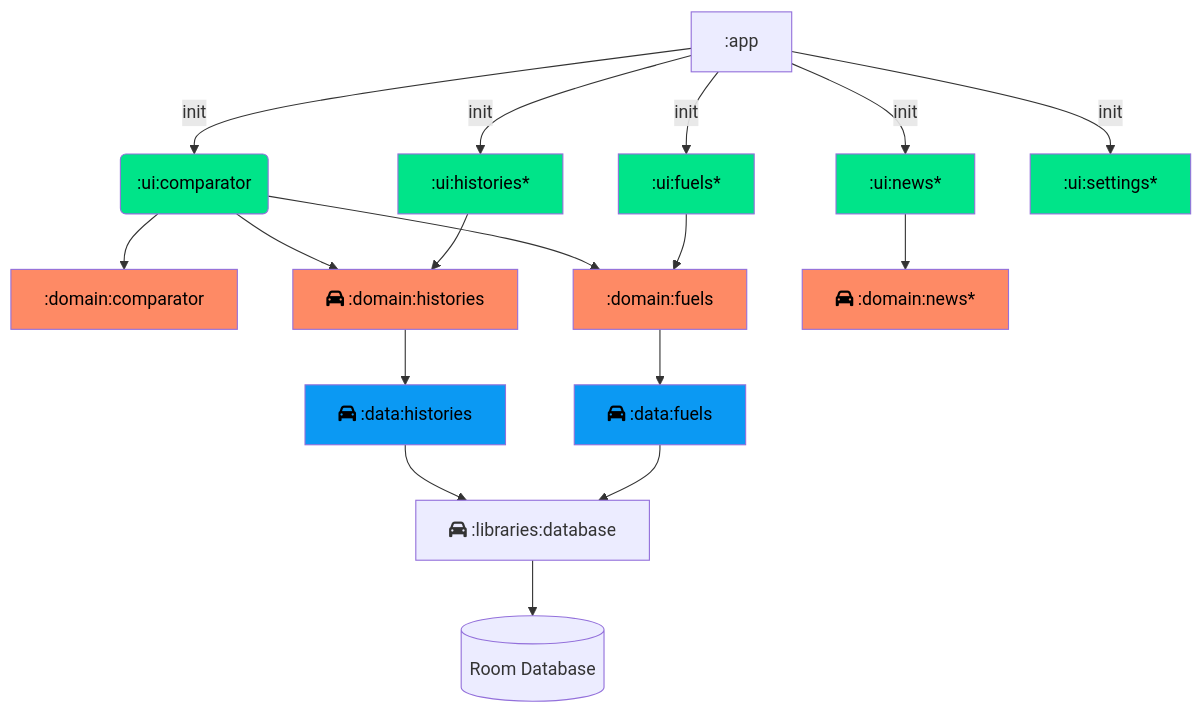
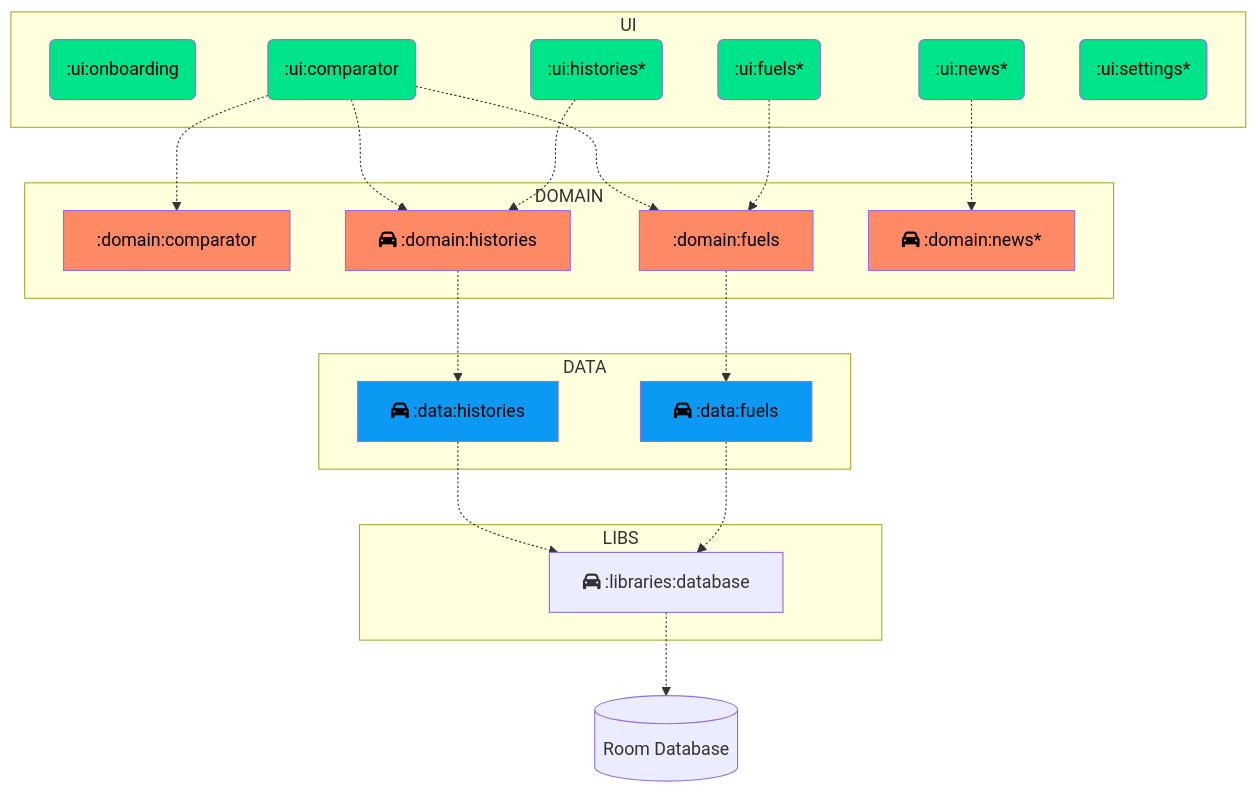
Before and after one commit to filipe1309/AbasteceAi: the first of 2 diagrams in README.md, drawn with Mermaid.

Commit message:
docs: update architecture mermaid flowchart

````diff
--- a/README.md
+++ b/README.md
@@ -56,27 +56,36 @@
 ```mermaid
 flowchart TD
-    APP[:app] -->|init| UI_COMPARATOR(:ui:comparator)
-    APP -->|init| UI_HISTORIES[:ui:histories*]
-    APP -->|init| UI_FUELS[:ui:fuels*]
-    APP -->|init| UI_NEWS[:ui:news*]
-    APP -->|init| UI_SETTINGS[:ui:settings*]:::ui
+    subgraph clusterUI[UI]
+        UI_ONBOARDING(:ui:onboarding):::ui
+        UI_COMPARATOR(:ui:comparator)
+        UI_HISTORIES(:ui:histories*)
+        UI_FUELS(:ui:fuels*)
+        UI_NEWS(:ui:news*)
+        UI_SETTINGS(:ui:settings*):::ui
+    end
+    
+    subgraph clusterDOMAIN[DOMAIN]
+        UI_COMPARATOR:::ui -.-> DOMAIN_COMPARATOR[:domain:comparator]:::domain
+        UI_COMPARATOR -.-> DOMAIN_FUELS[:domain:fuels]:::domain
+        UI_COMPARATOR -.-> DOMAIN_HISTORIES[fa:fa-car :domain:histories]:::domain
+        UI_FUELS:::ui -.-> DOMAIN_FUELS[:domain:fuels]
+        UI_HISTORIES:::ui -.-> DOMAIN_HISTORIES[fa:fa-car :domain:histories]
+        UI_NEWS:::ui -.-> DOMAIN_NEWS[fa:fa-car :domain:news*]:::domain
+    end
+    
+    subgraph clusterDATA[DATA]
+        DOMAIN_HISTORIES -.-> DATA_HISTORIES[fa:fa-car :data:histories]
+        DOMAIN_FUELS -.-> DATA_FUELS[fa:fa-car :data:fuels]
+    end
 
-    UI_COMPARATOR:::ui --> DOMAIN_COMPARATOR[:domain:comparator]:::domain
-    UI_COMPARATOR --> DOMAIN_FUELS[:domain:fuels]:::domain
-    UI_COMPARATOR --> DOMAIN_HISTORIES[fa:fa-car :domain:histories]:::domain
-    UI_FUELS:::ui --> DOMAIN_FUELS[:domain:fuels]
-    UI_HISTORIES:::ui --> DOMAIN_HISTORIES[fa:fa-car :domain:histories]
-    UI_NEWS:::ui --> DOMAIN_NEWS[fa:fa-car :domain:news*]:::domain
-
-    DOMAIN_HISTORIES --> DATA_HISTORIES[fa:fa-car :data:histories]
-    DOMAIN_FUELS --> DATA_FUELS[fa:fa-car :data:fuels]
-
-    DATA_HISTORIES:::data --> LIB_DATABASE[fa:fa-car :libraries:database]
-    DATA_FUELS:::data --> LIB_DATABASE[fa:fa-car :libraries:database]
-    LIB_DATABASE --> id1[(Room Database)]
-
-
+    subgraph clusterLIBS[LIBS]
+        DATA_HISTORIES:::data -.-> LIB_DATABASE[fa:fa-car :libraries:database]
+        DATA_FUELS:::data -.-> LIB_DATABASE[fa:fa-car :libraries:database]
+    end
+    
+    LIB_DATABASE -.-> id1[(Room Database)]
+    
     classDef ui fill:#00e489,color:#000
     classDef domain fill:#fe8a65,color:#000
     classDef data fill:#0b99f3,color:#000
 ```
````
